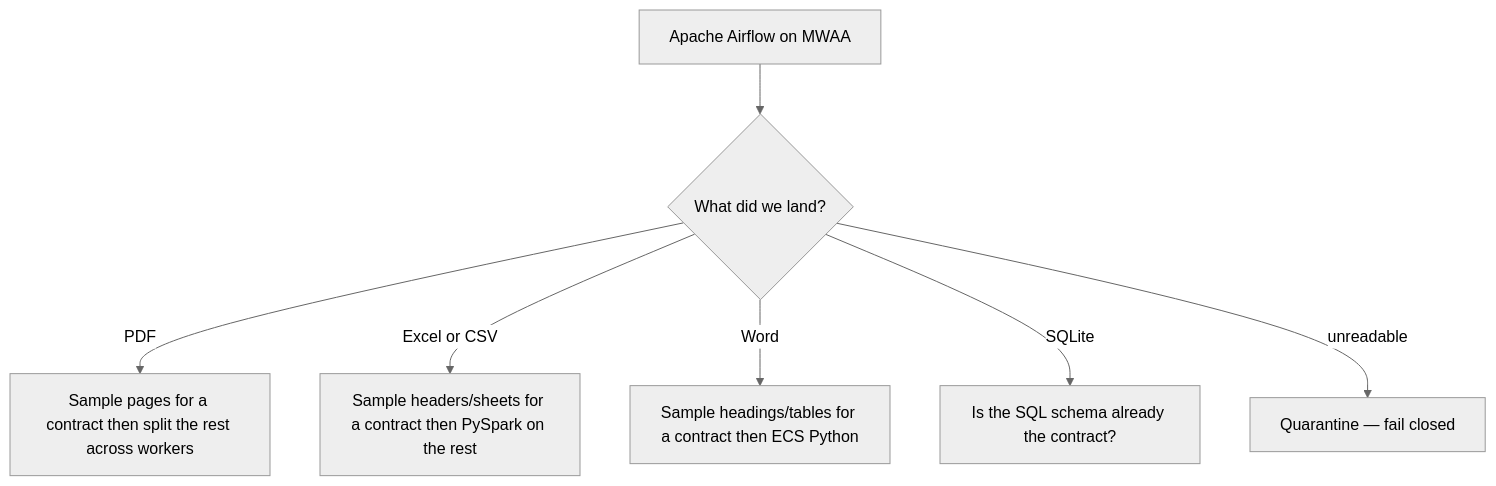
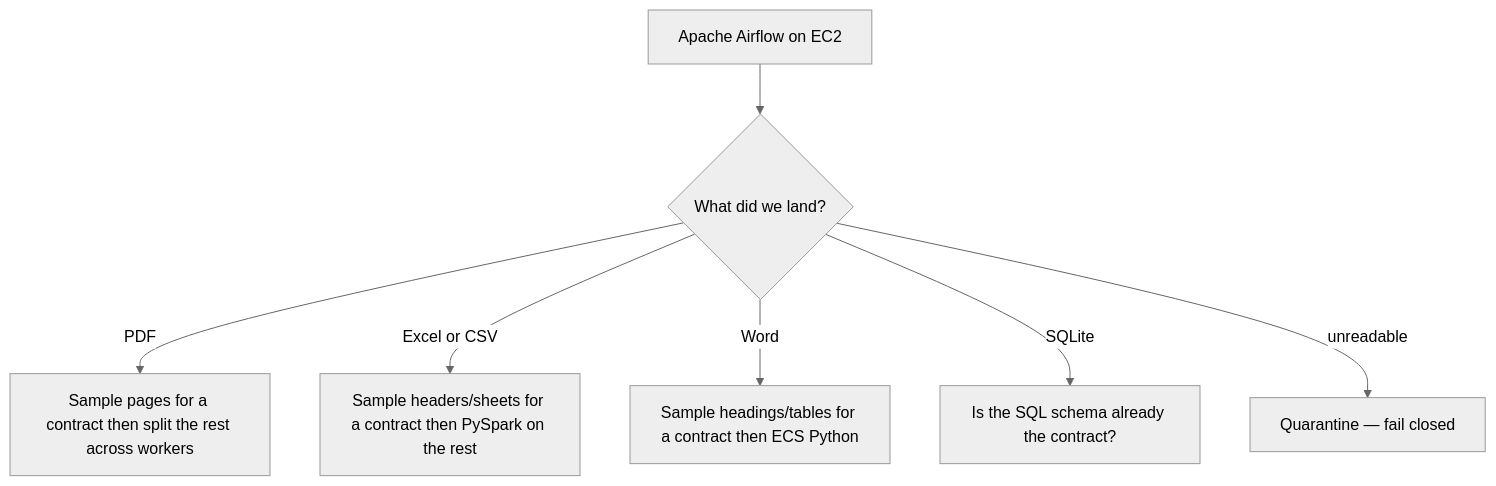
The diagram in candidate/diagrams/02_compute_choices.mmd (arielmmdx/document-intelligence-lake), drawn with Mermaid (neutral theme) before and after one commit. The commit also changed 11 other files, not shown here.

Commit message:
Show LLM layout sampling, Airflow on EC2, ECR/ECS, and all medallion layers in the architecture diagram.

```diff
--- a/candidate/diagrams/02_compute_choices.mmd
+++ b/candidate/diagrams/02_compute_choices.mmd
@@ -1,11 +1,11 @@
 %% 02 — Compute choices you must design. Paste into https://mermaid.live
 %% Layout/contract first (sample). Scale extract second. Airflow orchestrates both.
 flowchart TB
-  AF[Apache Airflow on MWAA]
+  AF[Apache Airflow on EC2]
   AF --> Q{What did we land?}
 
   Q -->|PDF| PAGES[Sample pages for a contract then split the rest across workers]
   Q -->|Excel or CSV| SPARK[Sample headers/sheets for a contract then PySpark on the rest]
   Q -->|Word| WORD[Sample headings/tables for a contract then ECS Python]
   Q -->|SQLite| PY[Is the SQL schema already the contract?]
   Q -->|unreadable| QZ[Quarantine — fail closed]
```
